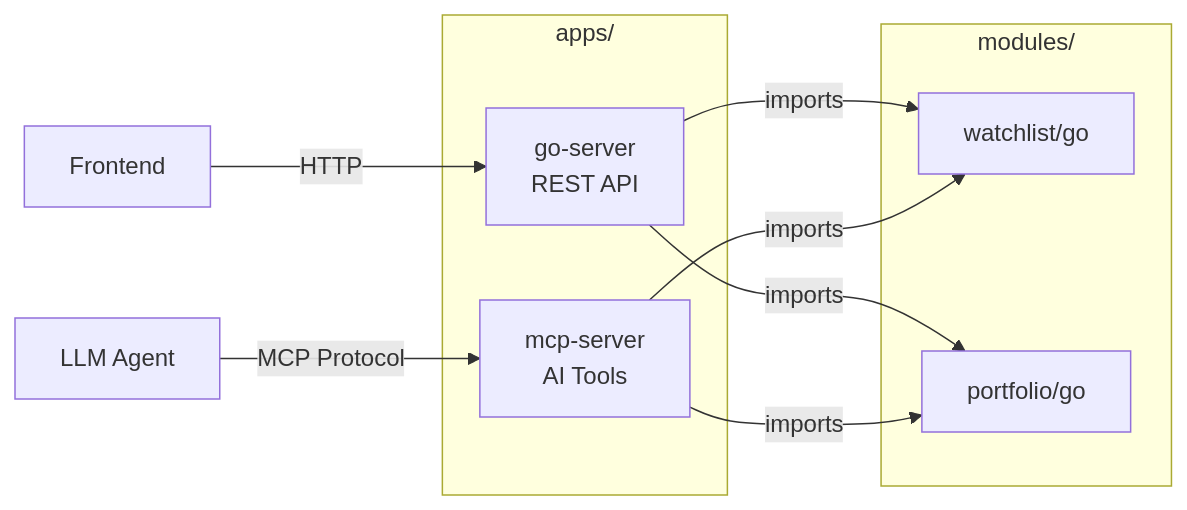
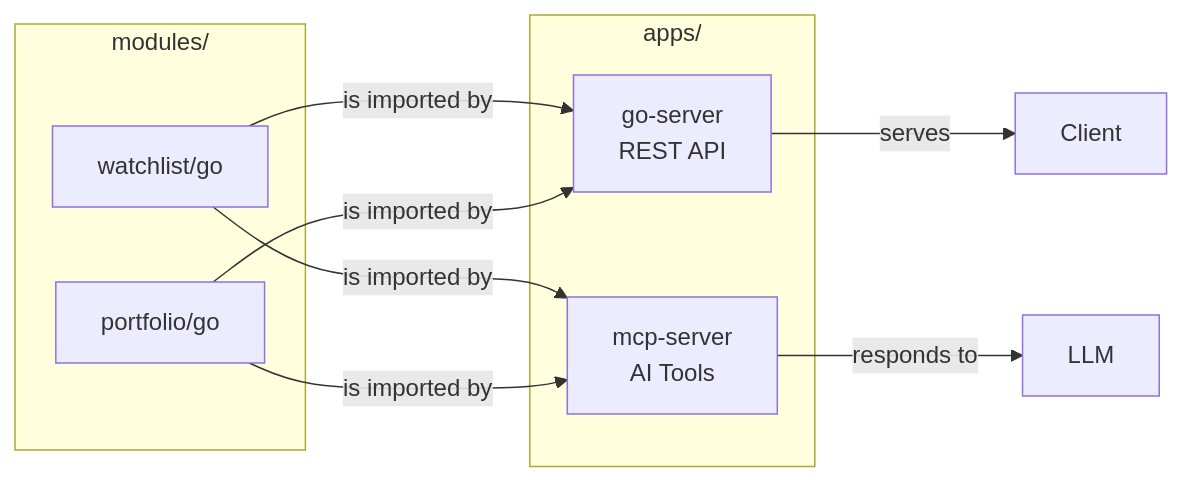
One commit to reidlai/virtual-module-core changed the second of 2 diagrams in docs/APPSHELL-ARCHITECTURE.md. Above: the diagram before and after it, drawn with Mermaid. The commit also changed other lines of this file and 3 other files, not shown here.

````diff
--- a/docs/APPSHELL-ARCHITECTURE.md
+++ b/docs/APPSHELL-ARCHITECTURE.md
@@ -310,20 +312,20 @@
 ```mermaid
 flowchart LR
     subgraph Apps["apps/"]
         API[go-server<br/>REST API]
         MCP[mcp-server<br/>AI Tools]
     end
 
     subgraph Modules["modules/"]
         WL[watchlist/go]
         PF[portfolio/go]
     end
 
-    API -->|imports| WL
-    API -->|imports| PF
-    MCP -->|imports| WL
-    MCP -->|imports| PF
+    WL -->|is imported by| API
+    PF -->|is imported by| API
+    WL -->|is imported by| MCP
+    PF -->|is imported by| MCP
 
-    LLM[LLM Agent] -->|MCP Protocol| MCP
-    Client[Frontend] -->|HTTP| API
+    MCP -->|responds to| LLM
+    API -->|serves| Client
 ```
````
